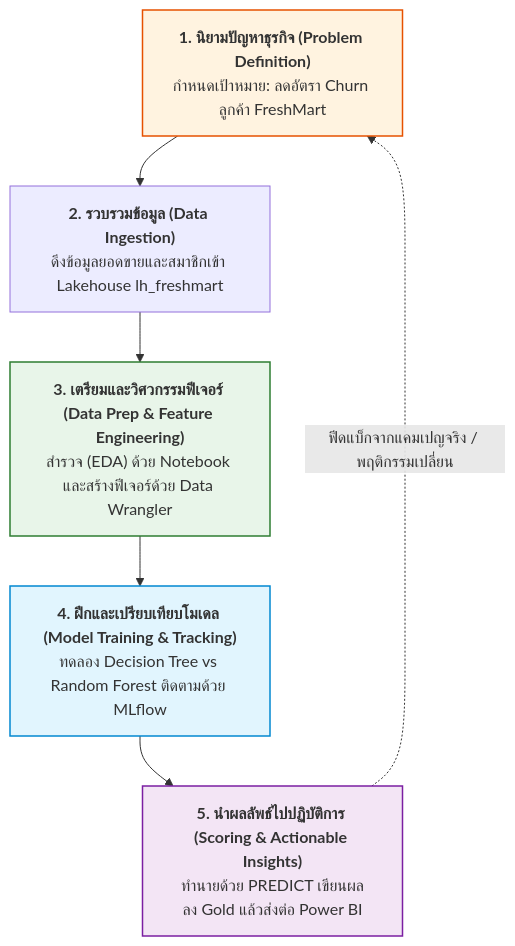
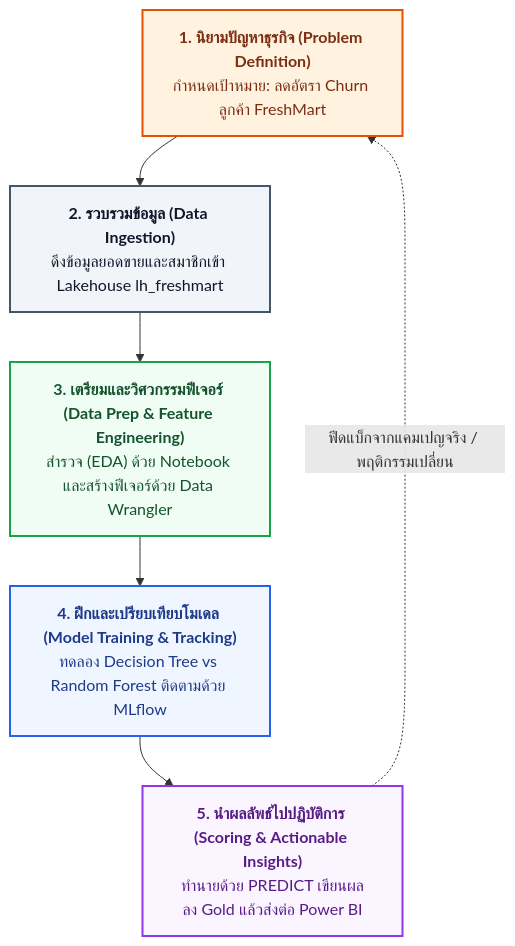
One commit to DataFabric-Academy/ms-fabric-data-science changed the diagram in docs/02-data-science-process.md. Above: the diagram before and after it, drawn with Mermaid. The commit also changed 6 other files, not shown here.

````diff
--- a/docs/02-data-science-process.md
+++ b/docs/02-data-science-process.md
@@ -30,16 +30,23 @@
 ```mermaid
 flowchart TD
     Step1["<b>1. นิยามปัญหาธุรกิจ (Problem Definition)</b><br/>กำหนดเป้าหมาย: ลดอัตรา Churn ลูกค้า FreshMart"]
     Step2["<b>2. รวบรวมข้อมูล (Data Ingestion)</b><br/>ดึงข้อมูลยอดขายและสมาชิกเข้า Lakehouse lh_freshmart"]
     Step3["<b>3. เตรียมและวิศวกรรมฟีเจอร์ (Data Prep & Feature Engineering)</b><br/>สำรวจ (EDA) ด้วย Notebook และสร้างฟีเจอร์ด้วย Data Wrangler"]
     Step4["<b>4. ฝึกและเปรียบเทียบโมเดล (Model Training & Tracking)</b><br/>ทดลอง Decision Tree vs Random Forest ติดตามด้วย MLflow"]
     Step5["<b>5. นำผลลัพธ์ไปปฏิบัติการ (Scoring & Actionable Insights)</b><br/>ทำนายด้วย PREDICT เขียนผลลง Gold แล้วส่งต่อ Power BI"]
 
     Step1 --> Step2 --> Step3 --> Step4 --> Step5
     Step5 -.->|ฟีดแบ็กจากแคมเปญจริง / พฤติกรรมเปลี่ยน| Step1
 
-    style Step1 fill:#fff3e0,stroke:#e65100,stroke-width:1.5px
-    style Step3 fill:#e8f5e9,stroke:#2e7d32,stroke-width:1.5px
-    style Step4 fill:#e1f5fe,stroke:#0288d1,stroke-width:1.5px
-    style Step5 fill:#f3e5f5,stroke:#7b1fa2,stroke-width:1.5px
+    classDef step1 fill:#fff3e0,stroke:#e65100,stroke-width:2px,color:#7c2d12;
+    classDef step2 fill:#f1f5f9,stroke:#475569,stroke-width:2px,color:#0f172a;
+    classDef step3 fill:#f0fdf4,stroke:#16a34a,stroke-width:2px,color:#14532d;
+    classDef step4 fill:#eff6ff,stroke:#2563eb,stroke-width:2px,color:#1e3a8a;
+    classDef step5 fill:#faf5ff,stroke:#9333ea,stroke-width:2px,color:#581c87;
+
+    class Step1 step1;
+    class Step2 step2;
+    class Step3 step3;
+    class Step4 step4;
+    class Step5 step5;
 ```
````
